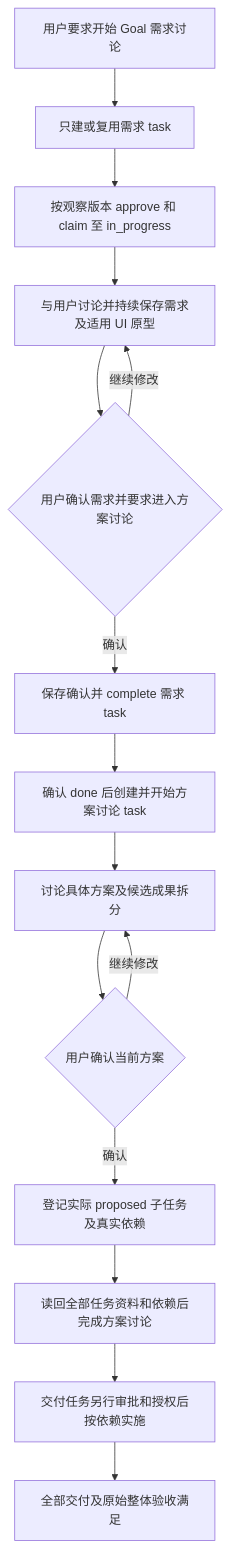
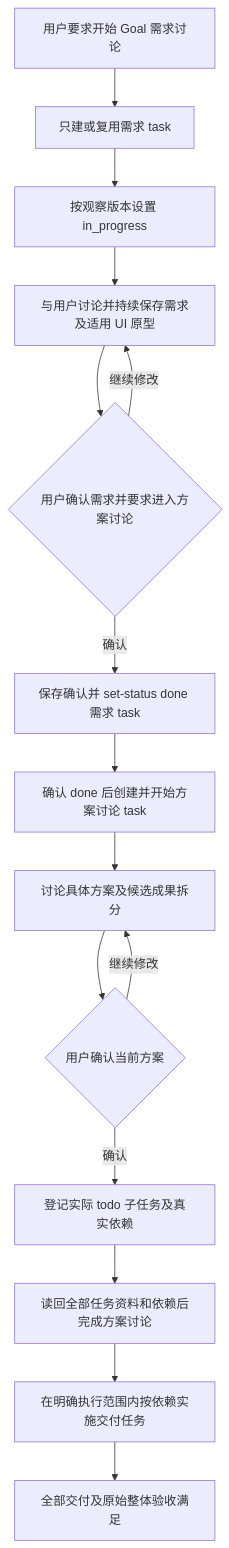
One commit to codetreker/day-night changed the diagram in docs/design/daynight-goal-workflow.md. Above: the diagram before and after it, drawn with Mermaid. The commit also changed other lines of this file and 229 other files, not shown here.

First line of the commit message:
feat: unify task status assignment (#193)

````diff
--- a/docs/design/daynight-goal-workflow.md
+++ b/docs/design/daynight-goal-workflow.md
@@ -43,17 +43,17 @@
 ```mermaid
 flowchart TD
     A[用户要求开始 Goal 需求讨论] --> B[只建或复用需求 task]
-    B --> C[按观察版本 approve 和 claim 至 in_progress]
+    B --> C[按观察版本设置 in_progress]
     C --> D[与用户讨论并持续保存需求及适用 UI 原型]
     D --> E{用户确认需求并要求进入方案讨论}
     E -->|继续修改| D
-    E -->|确认| F[保存确认并 complete 需求 task]
+    E -->|确认| F[保存确认并 set-status done 需求 task]
     F --> G[确认 done 后创建并开始方案讨论 task]
     G --> H[讨论具体方案及候选成果拆分]
     H --> I{用户确认当前方案}
     I -->|继续修改| H
-    I -->|确认| J[登记实际 proposed 子任务及真实依赖]
+    I -->|确认| J[登记实际 todo 子任务及真实依赖]
     J --> K[读回全部任务资料和依赖后完成方案讨论]
-    K --> L[交付任务另行审批和授权后按依赖实施]
+    K --> L[在明确执行范围内按依赖实施交付任务]
     L --> M[全部交付及原始整体验收满足]
 ```
````
